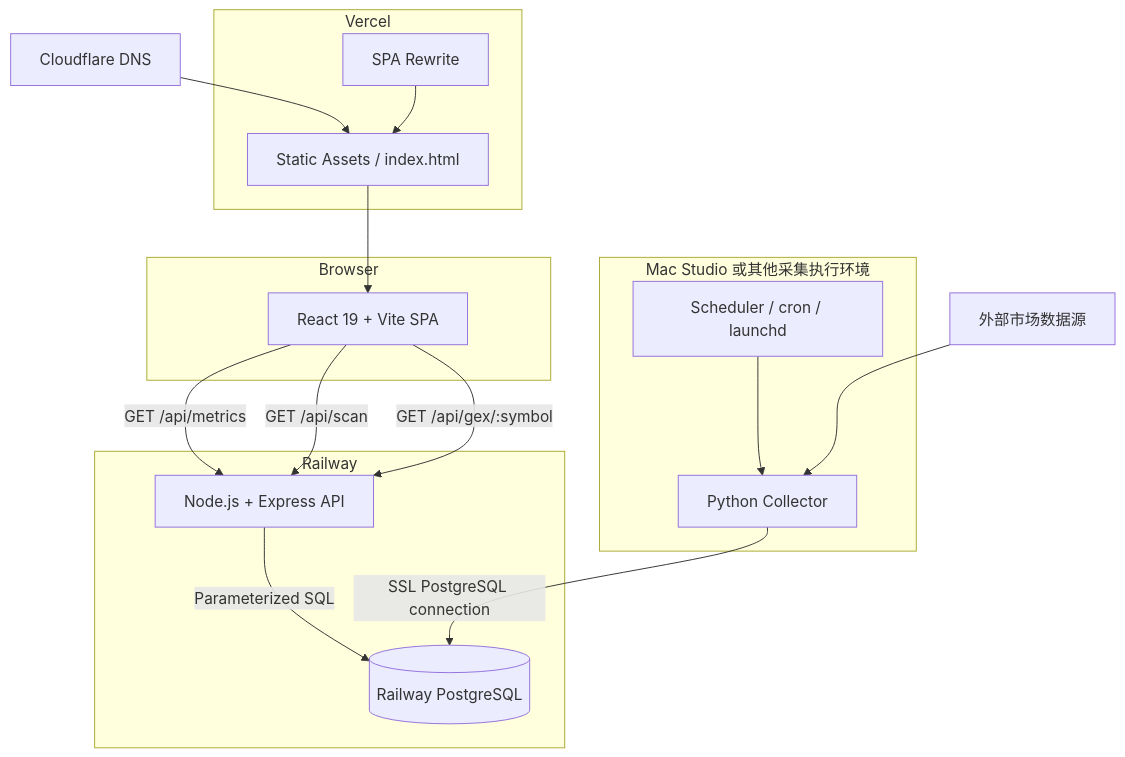
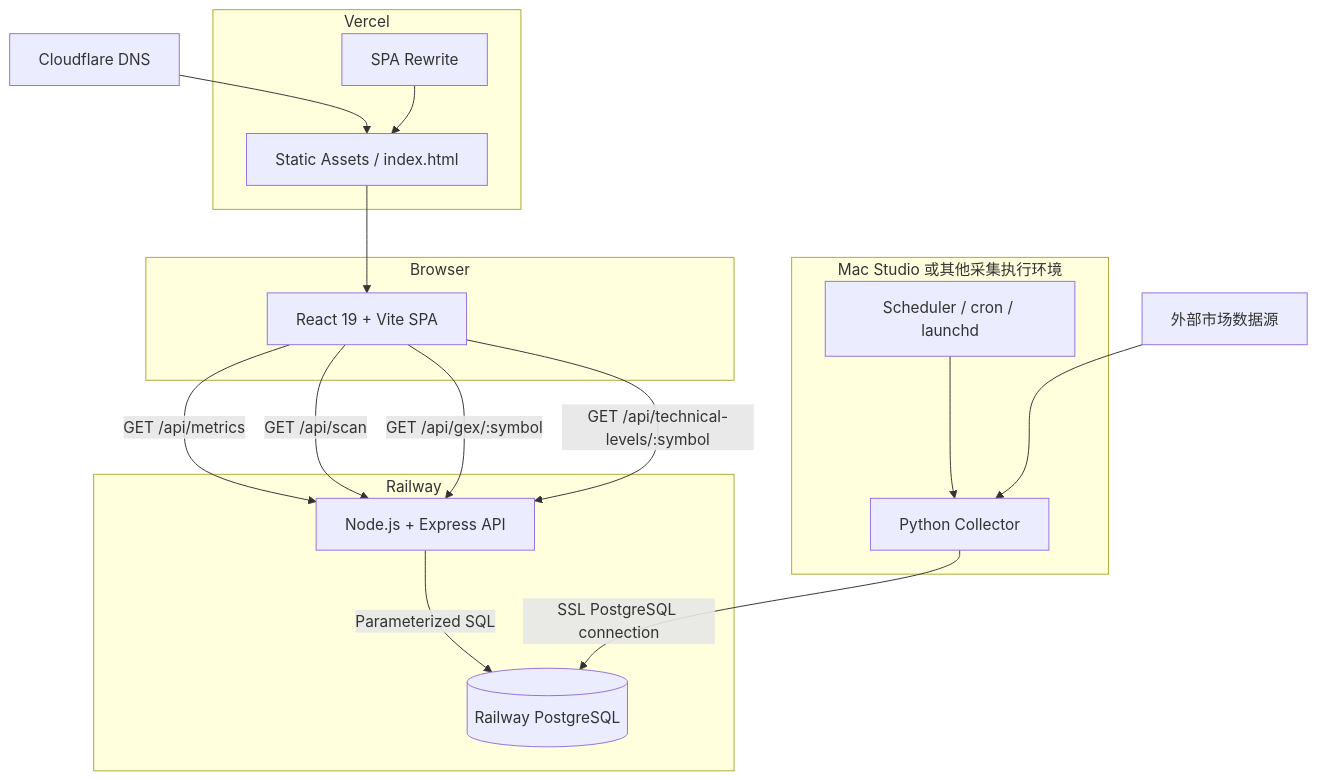
The second of 5 diagrams in ARCHITECTURE.md (whicter/quantrift_options-lab), drawn with Mermaid before and after one commit. The commit also changed other lines of this file and 24 other files, not shown here.

````diff
--- a/ARCHITECTURE.md
+++ b/ARCHITECTURE.md
@@ -131,35 +132,36 @@
 ```mermaid
 flowchart TB
     subgraph Browser
         SPA[React 19 + Vite SPA]
     end
 
     subgraph Vercel
         Static[Static Assets / index.html]
         Rewrite[SPA Rewrite]
     end
 
     subgraph Railway
         Express[Node.js + Express API]
         PG[(Railway PostgreSQL)]
     end
 
     subgraph MacStudio[Mac Studio 或其他采集执行环境]
         Py[Python Collector]
         Scheduler[Scheduler / cron / launchd]
     end
 
     DNS[Cloudflare DNS]
     Market[外部市场数据源]
 
     DNS --> Static
     Static --> SPA
     Rewrite --> Static
     SPA -->|GET /api/metrics| Express
     SPA -->|GET /api/scan| Express
     SPA -->|GET /api/gex/:symbol| Express
+    SPA -->|GET /api/technical-levels/:symbol| Express
     Express -->|Parameterized SQL| PG
     Scheduler --> Py
     Market --> Py
     Py -->|SSL PostgreSQL connection| PG
 ```
````
